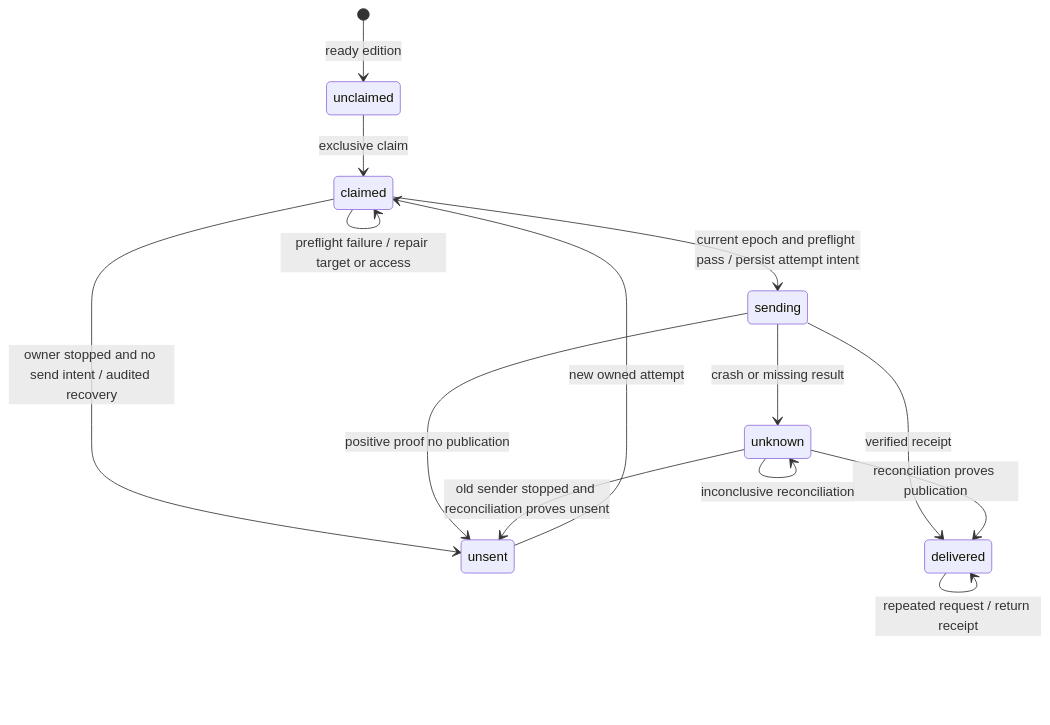
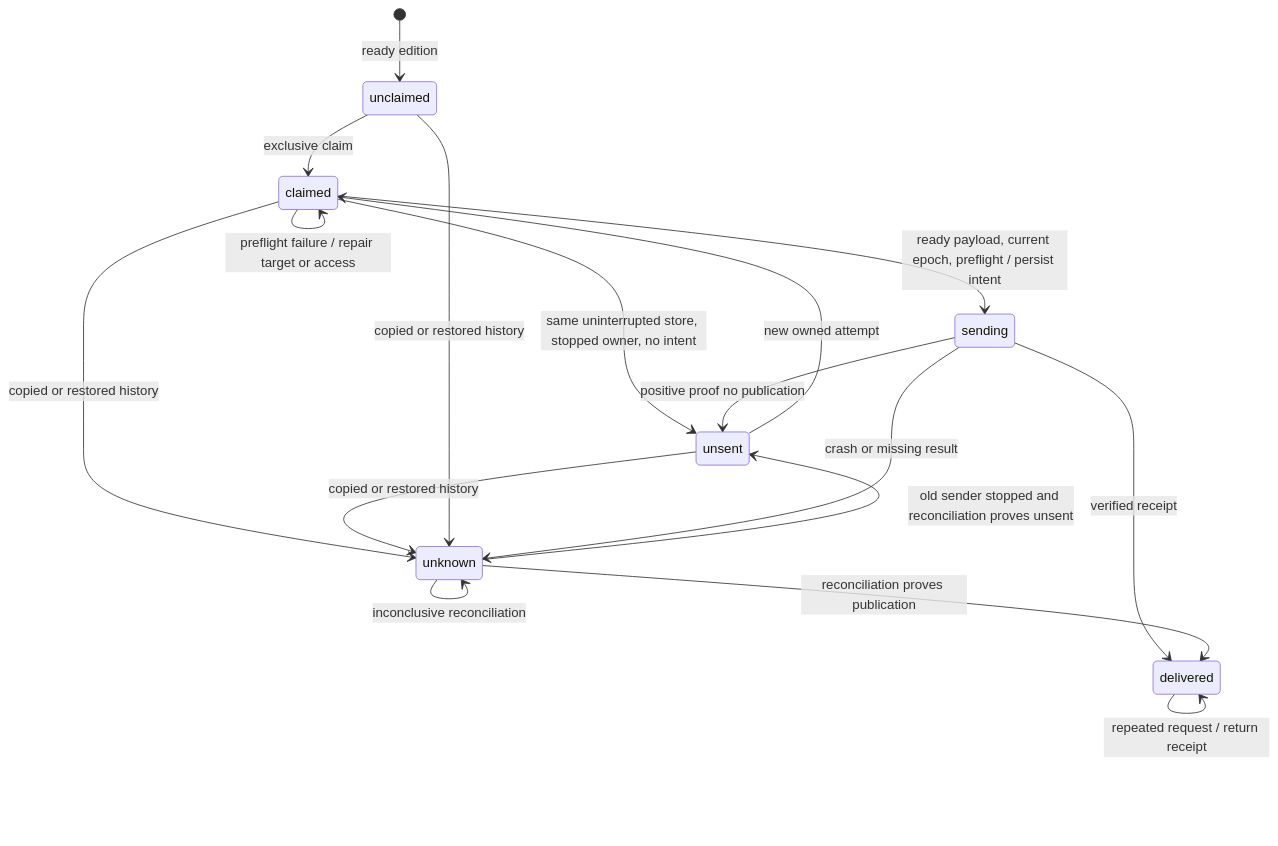
Before and after one commit to patgu9/Siglens: the fourth of 4 diagrams in doc/2026-10-10-siglens-research/technical-design.md, drawn with Mermaid. The commit also changed other lines of this file and 1 other file, not shown here.

````diff
--- a/doc/2026-10-10-siglens-research/technical-design.md
+++ b/doc/2026-10-10-siglens-research/technical-design.md
@@ -202,16 +234,19 @@
 ```mermaid
 stateDiagram-v2
   [*] --> unclaimed : ready edition
   unclaimed --> claimed : exclusive claim
   claimed --> claimed : preflight failure / repair target or access
-  claimed --> sending : current epoch and preflight pass / persist attempt intent
-  claimed --> unsent : owner stopped and no send intent / audited recovery
+  claimed --> sending : ready payload, current epoch, preflight / persist intent
+  claimed --> unsent : same uninterrupted store, stopped owner, no intent
+  claimed --> unknown : copied or restored history
+  unsent --> unknown : copied or restored history
+  unclaimed --> unknown : copied or restored history
   sending --> delivered : verified receipt
   sending --> unsent : positive proof no publication
   sending --> unknown : crash or missing result
   unknown --> delivered : reconciliation proves publication
   unknown --> unsent : old sender stopped and reconciliation proves unsent
   unknown --> unknown : inconclusive reconciliation
   unsent --> claimed : new owned attempt
   delivered --> delivered : repeated request / return receipt
 ```
````
